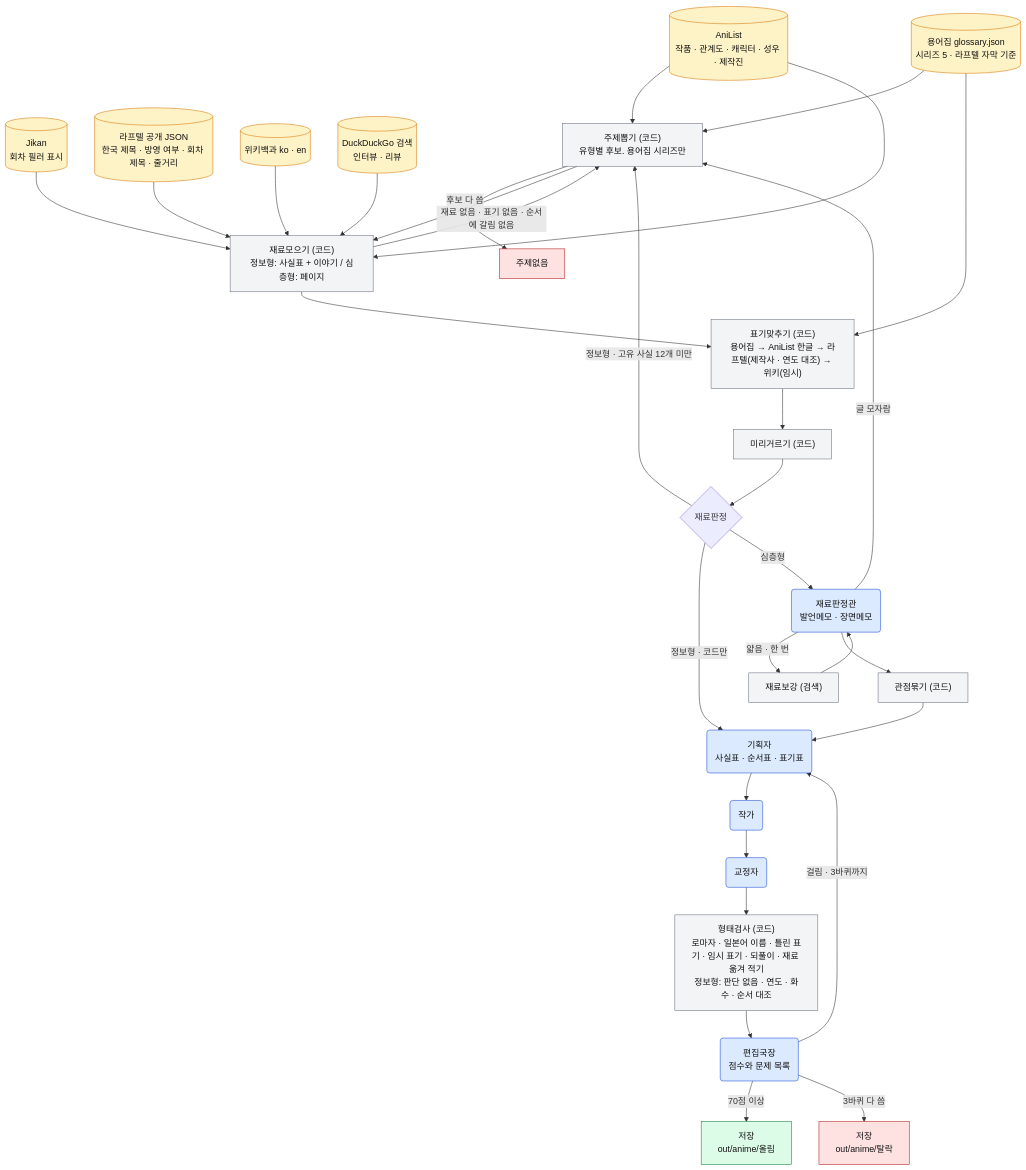
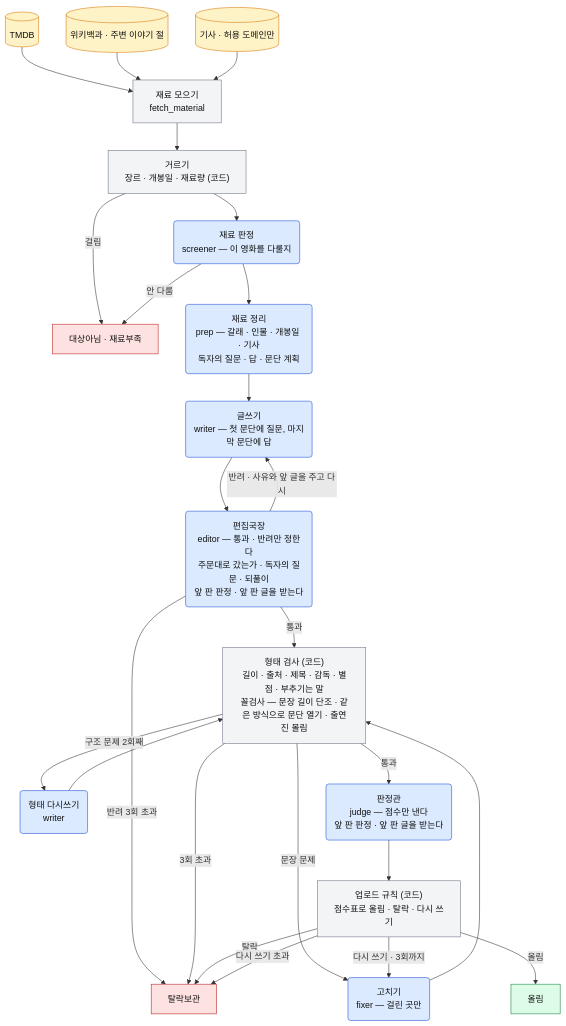
Before and after one commit to Por0ri/me-and-nu: the fourth of 6 diagrams in agent/README.md, drawn with Mermaid. The commit also changed other lines of this file, not shown here.

````diff
--- a/agent/README.md
+++ b/agent/README.md
@@ -231,46 +269,37 @@
 ```mermaid
 flowchart TD
     classDef llm  fill:#dbeafe,stroke:#1d4ed8,color:#111
     classDef code fill:#f3f4f6,stroke:#6b7280,color:#111
     classDef src  fill:#fef3c7,stroke:#d97706,color:#111
     classDef ok   fill:#dcfce7,stroke:#15803d,color:#111
     classDef drop fill:#fee2e2,stroke:#b91c1c,color:#111
 
-    GL[("용어집 glossary.json<br/>시리즈 5 · 라프텔 자막 기준")]:::src
-    AL[("AniList<br/>작품 · 관계도 · 캐릭터 · 성우 · 제작진")]:::src
-    JK[("Jikan<br/>회차 필러 표시")]:::src
-    LF[("라프텔 공개 JSON<br/>한국 제목 · 방영 여부 · 회차 제목 · 줄거리")]:::src
-    WK[("위키백과 ko · en")]:::src
-    DDG[("DuckDuckGo 검색<br/>인터뷰 · 리뷰")]:::src
-
-    GL --> P
-    AL --> P
-    P["주제뽑기 (코드)<br/>유형별 후보. 용어집 시리즈만"]:::code
-    P -->|후보 다 씀| X0[주제없음]:::drop
-    P --> M["재료모으기 (코드)<br/>정보형: 사실표 + 이야기 / 심층형: 페이지"]:::code
-    AL --> M
-    JK --> M
-    LF --> M
-    WK --> M
-    DDG --> M
-    M -->|재료 없음 · 표기 없음 · 순서에 갈림 없음| P
-    M --> T["표기맞추기 (코드)<br/>용어집 → AniList 한글 → 라프텔(제작사 · 연도 대조) → 위키(임시)"]:::code
-    GL --> T
-    T --> F["미리거르기 (코드)"]:::code
-    F --> J{"재료판정"}
-    J -->|정보형 · 고유 사실 12개 미만| P
-    J -->|정보형 · 코드만| PL
-    J -->|심층형| MJ("재료판정관<br/>발언메모 · 장면메모"):::llm
-    MJ -->|얇음 · 한 번| RB["재료보강 (검색)"]:::code
-    RB --> MJ
-    MJ -->|글 모자람| P
-    MJ --> CL["관점묶기 (코드)"]:::code
-    CL --> PL("기획자<br/>사실표 · 순서표 · 표기표"):::llm
-    PL --> WR("작가"):::llm
-    WR --> PR("교정자"):::llm
-    PR --> SH["형태검사 (코드)<br/>로마자 · 일본어 이름 · 틀린 표기 · 임시 표기 · 되풀이 · 재료 옮겨 적기<br/>정보형: 판단 없음 · 연도 · 화수 · 순서 대조"]:::code
-    SH --> ED("편집국장<br/>점수와 문제 목록"):::llm
-    ED -->|70점 이상| OK["저장<br/>out/anime/올림"]:::ok
-    ED -->|걸림 · 3바퀴까지| PL
-    ED -->|3바퀴 다 씀| X2["저장<br/>out/anime/탈락"]:::drop
+    TMDB[("TMDB")]:::src
+    WIKI[("위키백과 · 주변 이야기 절")]:::src
+    NEWS[("기사 · 허용 도메인만")]:::src
+    TMDB --> M
+    WIKI --> M
+    NEWS --> M
+    M["재료 모으기<br/>fetch_material"]:::code
+    M --> G["거르기<br/>장르 · 개봉일 · 재료량 (코드)"]:::code
+    G -->|걸림| X1["대상아님 · 재료부족"]:::drop
+    G --> S("재료 판정<br/>screener — 이 영화를 다룰지"):::llm
+    S -->|안 다룸| X1
+    S --> P("재료 정리<br/>prep — 갈래 · 인물 · 개봉일 · 기사<br/>독자의 질문 · 답 · 문단 계획"):::llm
+    P --> W("글쓰기<br/>writer — 첫 문단에 질문, 마지막 문단에 답"):::llm
+    W --> E("편집국장<br/>editor — 통과 · 반려만 정한다<br/>주문대로 갔는가 · 독자의 질문 · 되풀이<br/>앞 판 판정 · 앞 판 글을 받는다"):::llm
+    E -->|반려 · 사유와 앞 글을 주고 다시| W
+    E -->|반려 3회 초과| X2[탈락보관]:::drop
+    E -->|통과| SH["형태 검사 (코드)<br/>길이 · 출처 · 제목 · 감독 · 별점 · 부추기는 말<br/>꼴검사 — 문장 길이 단조 · 같은 방식으로 문단 열기 · 출연진 몰림"]:::code
+    SH -->|문장 문제| F("고치기<br/>fixer — 걸린 곳만"):::llm
+    SH -->|구조 문제 2회째| RW("형태 다시쓰기<br/>writer"):::llm
+    F --> SH
+    RW --> SH
+    SH -->|3회 초과| X2
+    SH -->|통과| J("판정관<br/>judge — 점수만 낸다<br/>앞 판 판정 · 앞 판 글을 받는다"):::llm
+    J --> V["업로드 규칙 (코드)<br/>점수표로 올림 · 탈락 · 다시 쓰기"]:::code
+    V -->|올림| OK[올림]:::ok
+    V -->|탈락| X2
+    V -->|다시 쓰기 · 3회까지| F
+    V -->|다시 쓰기 초과| X2
 ```
````
